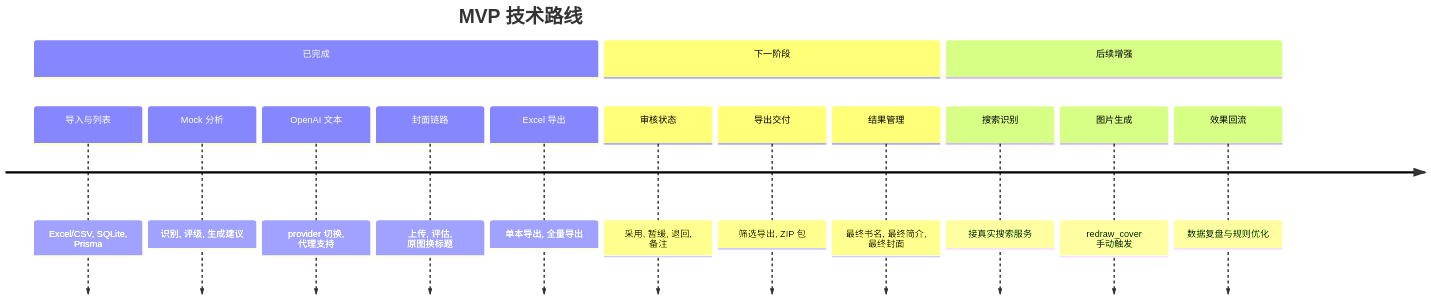
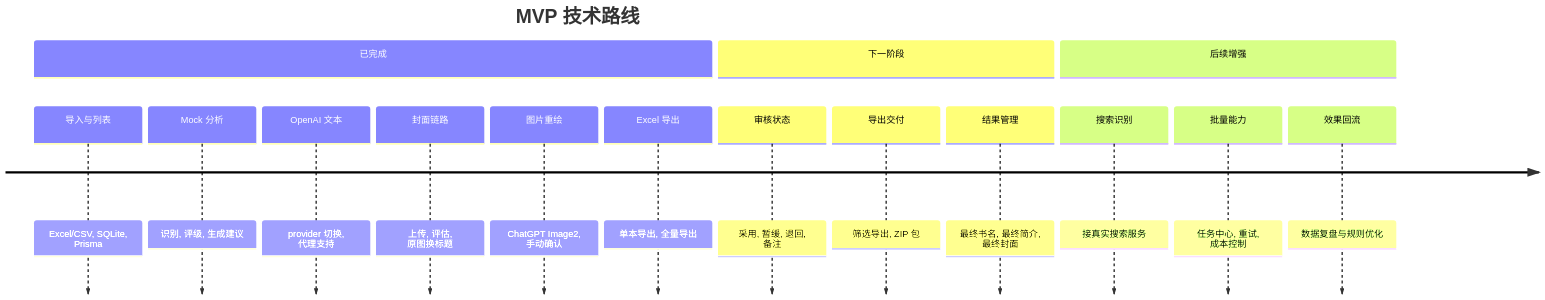
One commit to KAtOReNA7/ContentOps-Hub changed the third of 3 diagrams in README.md. Above: the diagram before and after it, drawn with Mermaid. The commit also changed other lines of this file and 11 other files, not shown here.

````diff
--- a/README.md
+++ b/README.md
@@ -192,18 +210,19 @@
 ```mermaid
 timeline
   title MVP 技术路线
   section 已完成
     导入与列表 : Excel/CSV, SQLite, Prisma
     Mock 分析 : 识别, 评级, 生成建议
     OpenAI 文本 : provider 切换, 代理支持
     封面链路 : 上传, 评估, 原图换标题
+    图片重绘 : ChatGPT Image2, 手动确认
     Excel 导出 : 单本导出, 全量导出
   section 下一阶段
     审核状态 : 采用, 暂缓, 退回, 备注
     导出交付 : 筛选导出, ZIP 包
     结果管理 : 最终书名, 最终简介, 最终封面
   section 后续增强
     搜索识别 : 接真实搜索服务
-    图片生成 : redraw_cover 手动触发
+    批量能力 : 任务中心, 重试, 成本控制
     效果回流 : 数据复盘与规则优化
 ```
````
